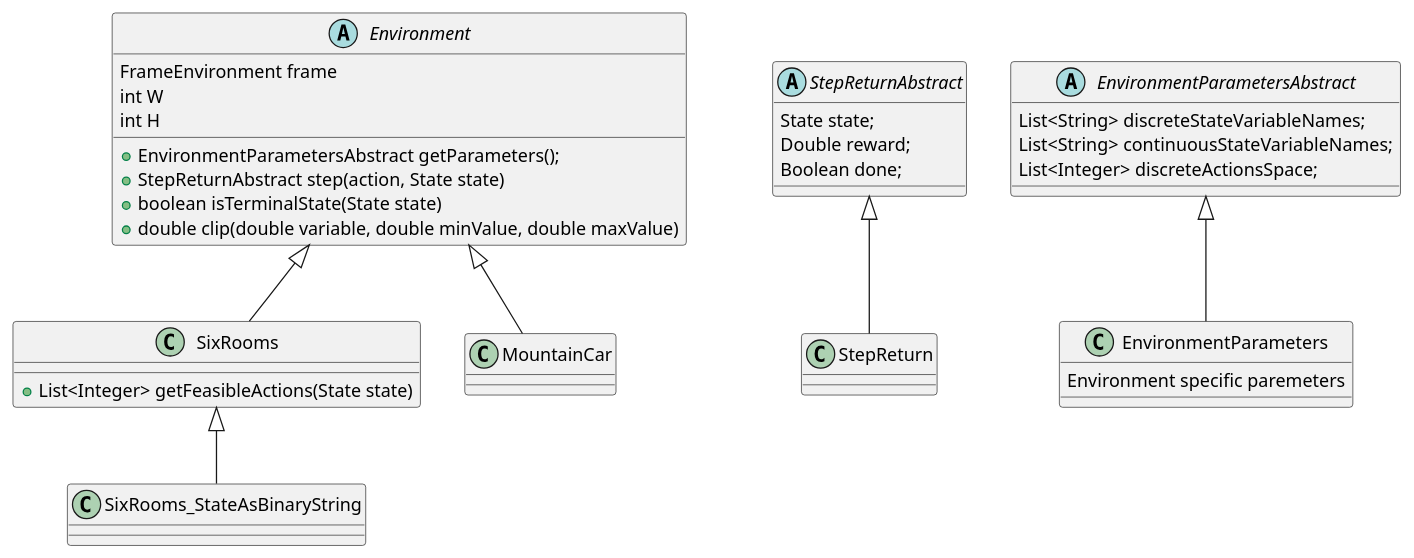
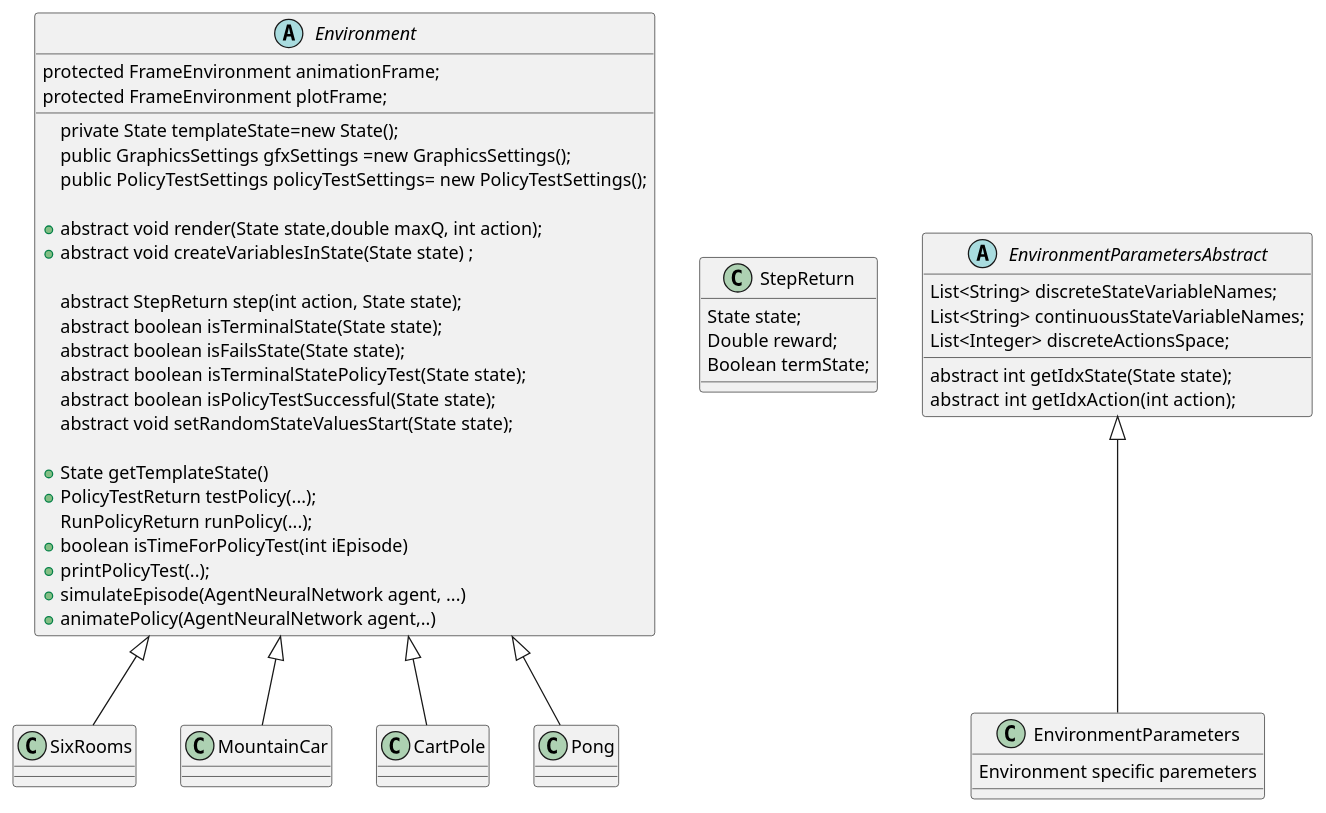
The diagram in src/main/java/java_ai_gym/plantuml/classes_environment.puml (JonasHellgren/MachineLearning), drawn with PlantUML before and after one commit. The commit also changed 21 other files, not shown here.

Commit message:
Updated plant uml diagrams, some code clean up

```diff
--- a/src/main/java/java_ai_gym/plantuml/classes_environment.puml
+++ b/src/main/java/java_ai_gym/plantuml/classes_environment.puml
@@ -1,60 +1,63 @@
 @startuml
 'https://plantuml.com/class-diagram
 
 
 abstract class Environment {
-FrameEnvironment frame
-int W
-int H
-+ EnvironmentParametersAbstract getParameters();
-+ StepReturnAbstract step(action, State state)
-+ boolean isTerminalState(State state)
-+ double clip(double variable, double minValue, double maxValue)
+    private State templateState=new State();
+    protected FrameEnvironment animationFrame;
+    protected FrameEnvironment plotFrame;
+    public GraphicsSettings gfxSettings =new GraphicsSettings();
+    public PolicyTestSettings policyTestSettings= new PolicyTestSettings();
+
+    + abstract void render(State state,double maxQ, int action);
+    + abstract void createVariablesInState(State state) ;
+
+     abstract StepReturn step(int action, State state);
+     abstract boolean isTerminalState(State state);
+     abstract boolean isFailsState(State state);
+     abstract boolean isTerminalStatePolicyTest(State state);
+     abstract boolean isPolicyTestSuccessful(State state);
+     abstract void setRandomStateValuesStart(State state);
+
+    + State getTemplateState()
+    + PolicyTestReturn testPolicy(...);
+     RunPolicyReturn runPolicy(...);
+    + boolean isTimeForPolicyTest(int iEpisode)
+    + printPolicyTest(..);
+    + simulateEpisode(AgentNeuralNetwork agent, ...)
+    + animatePolicy(AgentNeuralNetwork agent,..)
 }
 
-abstract class StepReturnAbstract  {
+class StepReturn  {
 State state;
 Double reward;
-Boolean done;
+Boolean termState;
  }
 
  abstract class EnvironmentParametersAbstract  {
  List<String> discreteStateVariableNames;
  List<String> continuousStateVariableNames;
  List<Integer> discreteActionsSpace;
-  }
 
+ abstract int getIdxState(State state);
+ abstract  int getIdxAction(int action);
 
-class StepReturn {
-}
+ }
+
 
 class EnvironmentParameters {
 Environment specific paremeters
 }
 
-class SixRooms {
-+ List<Integer> getFeasibleActions(State state)
-}
-
-
-class SixRooms_StateAsBinaryString {
-}
-
-class MountainCar {
-}
-
-
 Environment  <|-- SixRooms
 Environment  <|-- MountainCar
+Environment  <|-- CartPole
+Environment  <|-- Pong
 
-SixRooms  <|-- SixRooms_StateAsBinaryString
-
-
-StepReturnAbstract  <|-- StepReturn
 EnvironmentParametersAbstract  <|-- EnvironmentParameters
 
 
 
 
 
 @enduml
```
